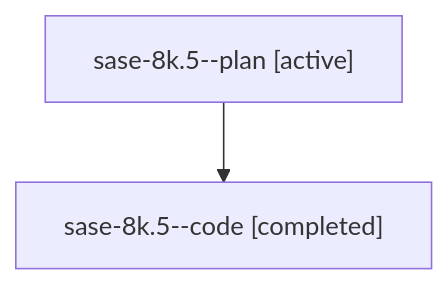
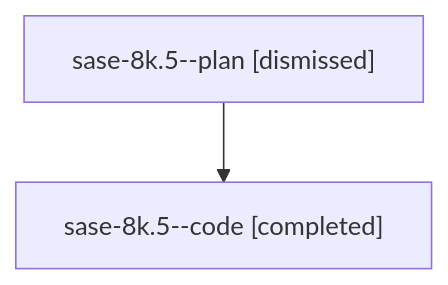
Before and after one commit to sase-org/sase--agents: the diagram in sessions/bbugyi200.athena.sase-8k.5.md, drawn with Mermaid. The commit also changed other lines of this file and 79 other files, not shown here.

````diff
--- a/sessions/bbugyi200.athena.sase-8k.5.md
+++ b/sessions/bbugyi200.athena.sase-8k.5.md
@@ -9,6 +9,6 @@
 ```mermaid
 flowchart TD
-  n0["sase-8k.5--plan [active]"]
+  n0["sase-8k.5--plan [dismissed]"]
   n1["sase-8k.5--code [completed]"]
   n0 --> n1
 ```
````
